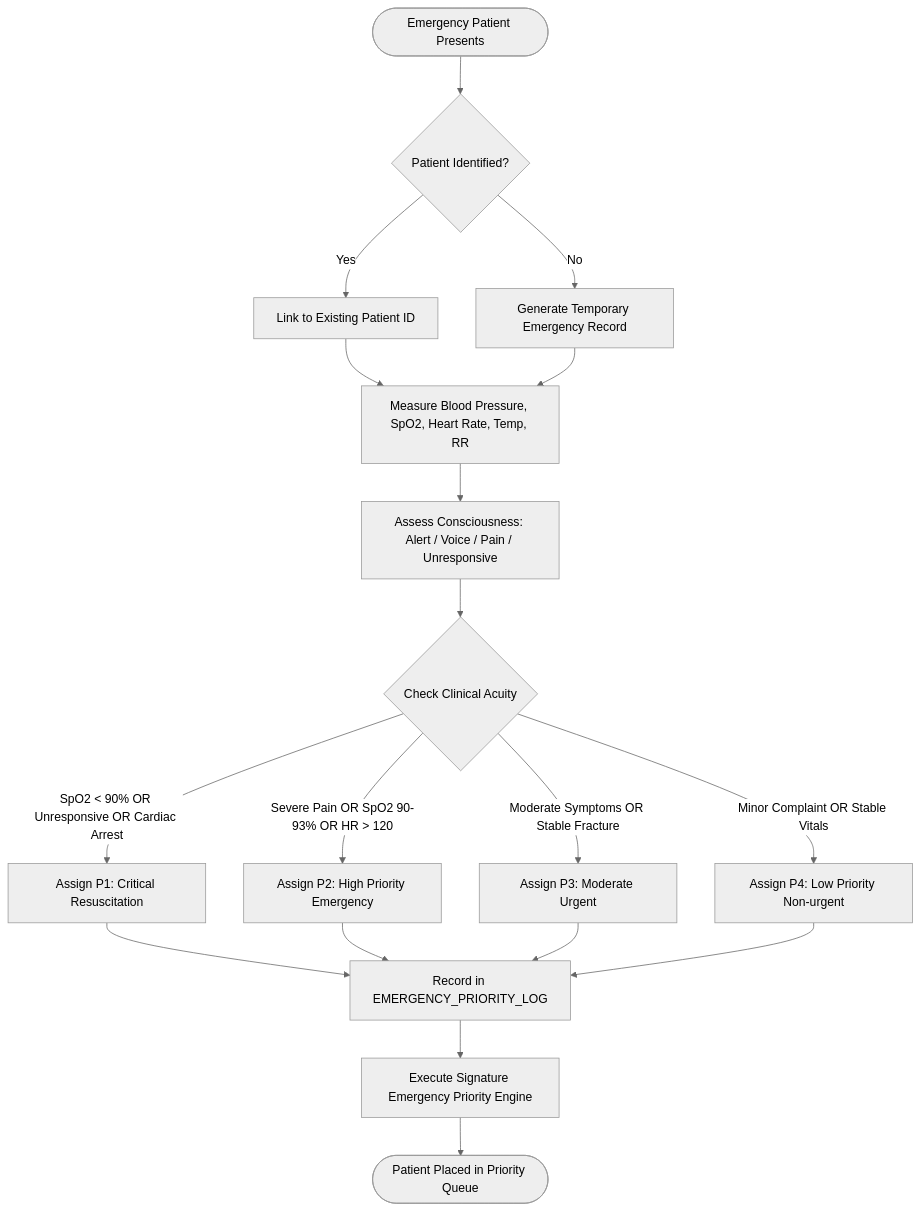
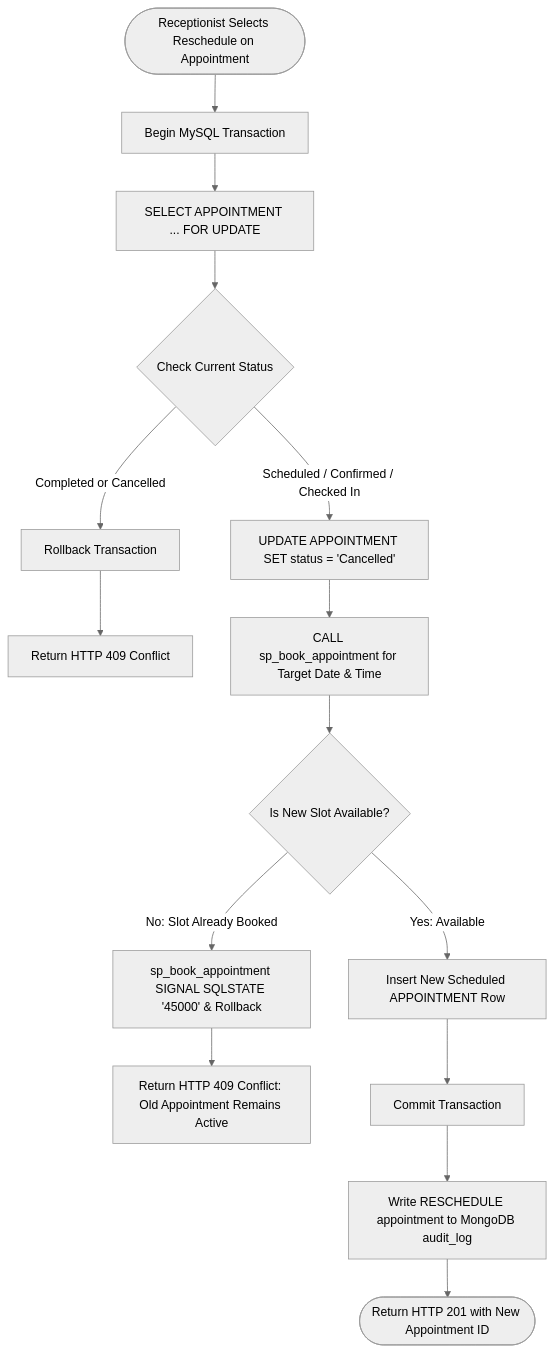
Before and after one commit to krishashetdz/MediCare: the first of 2 diagrams in project_backup/MediVault/06_Application/documentation/ACTIVITY_DIAGRAMS.md, drawn with Mermaid (neutral theme). The commit also changed other lines of this file and 136 other files, not shown here.

````diff
--- a/project_backup/MediVault/06_Application/documentation/ACTIVITY_DIAGRAMS.md
+++ b/project_backup/MediVault/06_Application/documentation/ACTIVITY_DIAGRAMS.md
@@ -5,25 +5,21 @@
 ```mermaid
 flowchart TD
-    Start([Emergency Patient Presents]) --> CheckID{Patient Identified?}
-    CheckID -- Yes --> AttachID[Link to Existing Patient ID]
-    CheckID -- No --> TempID[Generate Temporary Emergency Record]
+    Start([Receptionist Selects Reschedule on Appointment]) --> BeginTx[Begin MySQL Transaction]
+    BeginTx --> LockAppt[SELECT APPOINTMENT ... FOR UPDATE]
+    LockAppt --> CheckStatus{Check Current Status}
 
-    AttachID --> MeasureVitals[Measure Blood Pressure, SpO2, Heart Rate, Temp, RR]
-    TempID --> MeasureVitals
+    CheckStatus -- Completed or Cancelled --> Rollback1[Rollback Transaction]
+    Rollback1 --> Return409A[Return HTTP 409 Conflict]
 
-    MeasureVitals --> CheckConsciousness[Assess Consciousness: Alert / Voice / Pain / Unresponsive]
-    CheckConsciousness --> EvaluateSeverity{Check Clinical Acuity}
+    CheckStatus -- Scheduled / Confirmed / Checked In --> CancelOld[UPDATE APPOINTMENT SET status = 'Cancelled']
+    CancelOld --> CallProc[CALL sp_book_appointment for Target Date & Time]
+    CallProc --> SlotFree{Is New Slot Available?}
 
-    EvaluateSeverity -- SpO2 < 90% OR Unresponsive OR Cardiac Arrest --> AssignP1[Assign P1: Critical Resuscitation]
-    EvaluateSeverity -- Severe Pain OR SpO2 90-93% OR HR > 120 --> AssignP2[Assign P2: High Priority Emergency]
-    EvaluateSeverity -- Moderate Symptoms OR Stable Fracture --> AssignP3[Assign P3: Moderate Urgent]
-    EvaluateSeverity -- Minor Complaint OR Stable Vitals --> AssignP4[Assign P4: Low Priority Non-urgent]
+    SlotFree -- No: Slot Already Booked --> ProcSignal[sp_book_appointment SIGNAL SQLSTATE '45000' & Rollback]
+    ProcSignal --> Return409B[Return HTTP 409 Conflict: Old Appointment Remains Active]
 
-    AssignP1 --> LogPriority[Record in EMERGENCY_PRIORITY_LOG]
-    AssignP2 --> LogPriority
-    AssignP3 --> LogPriority
-    AssignP4 --> LogPriority
-
-    LogPriority --> TriggerEngine[Execute Signature Emergency Priority Engine]
-    TriggerEngine --> End([Patient Placed in Priority Queue])
+    SlotFree -- Yes: Available --> InsertNew[Insert New Scheduled APPOINTMENT Row]
+    InsertNew --> CommitTx[Commit Transaction]
+    CommitTx --> LogAudit[Write RESCHEDULE appointment to MongoDB audit_log]
+    LogAudit --> End([Return HTTP 201 with New Appointment ID])
 ```
````
